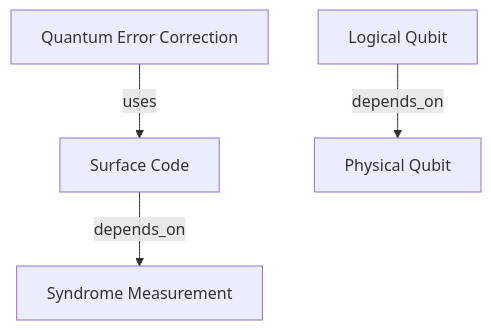
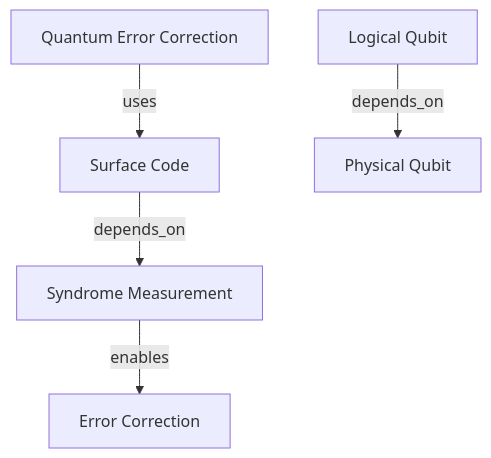
Before and after one commit to madara88645/PaperHunterAgent: the first of 2 diagrams in README.md, drawn with Mermaid. The commit also changed other lines of this file and 5 other files, not shown here.

Commit message:
Add CLI entrypoint, rewrite README, add architecture docs and CONTRIBUTING guide

````diff
--- a/README.md
+++ b/README.md
@@ -125,6 +185,7 @@
 ```mermaid
 graph TD
     quantum_error_correction[Quantum Error Correction] -->|uses| surface_code[Surface Code]
     surface_code -->|depends_on| syndrome_measurement[Syndrome Measurement]
     logical_qubit[Logical Qubit] -->|depends_on| physical_qubit[Physical Qubit]
+    syndrome_measurement -->|enables| error_correction[Error Correction]
 ```
````
